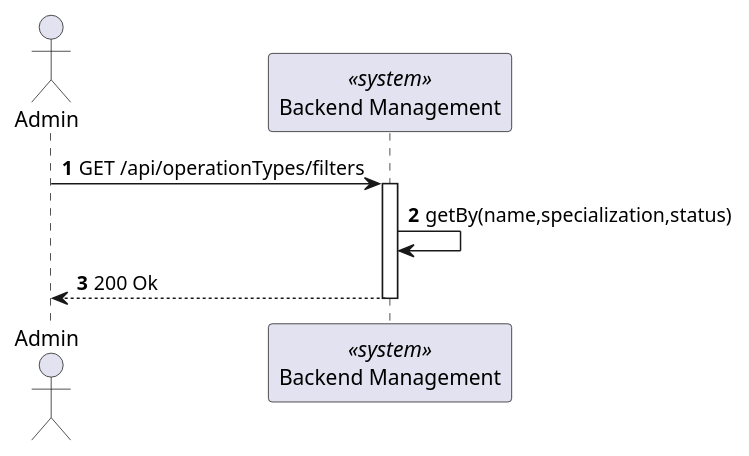
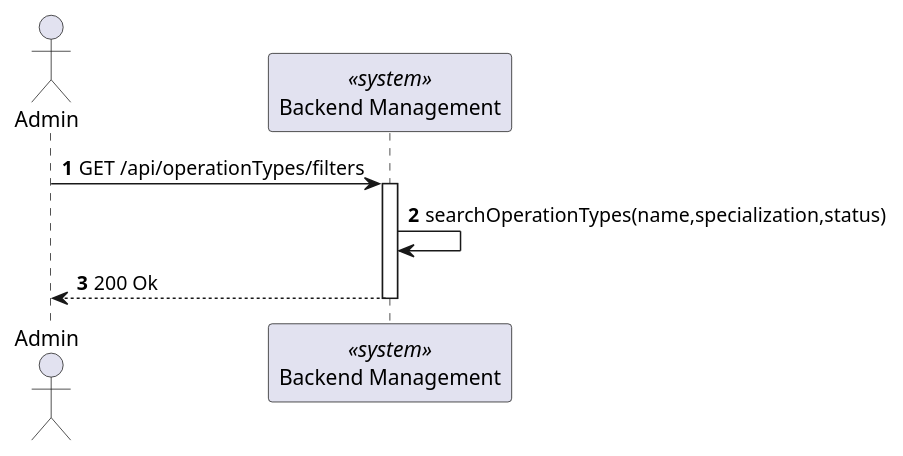
The diagram in docs/OperationTypeListSearch/views/level2/process-view.puml (Lapr5G21/sem5pi-24-25-3ddg21), drawn with PlantUML before and after one commit. The commit also changed 18 other files, not shown here.

```diff
--- a/docs/OperationTypeListSearch/views/level2/process-view.puml
+++ b/docs/OperationTypeListSearch/views/level2/process-view.puml
@@ -1,17 +1,17 @@
 @startuml
 
 autonumber
 actor Admin as "Admin"
 participant SYS as "Backend Management" <<system>>
 
 
 
 Admin -> SYS : GET /api/operationTypes/filters
 activate SYS
 
-SYS -> SYS : getBy(name,specialization,status)
+SYS -> SYS : searchOperationTypes(name,specialization,status)
 Admin <-- SYS : 200 Ok
 deactivate SYS
 
 
 @enduml
```
